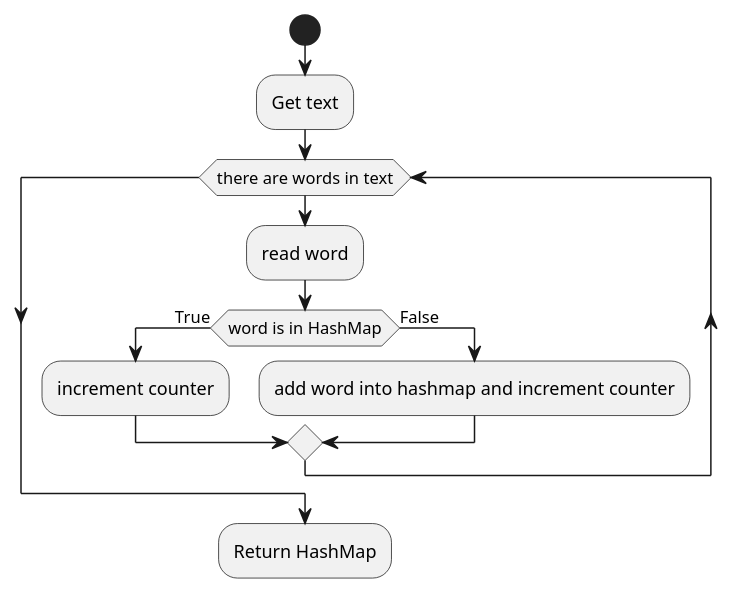
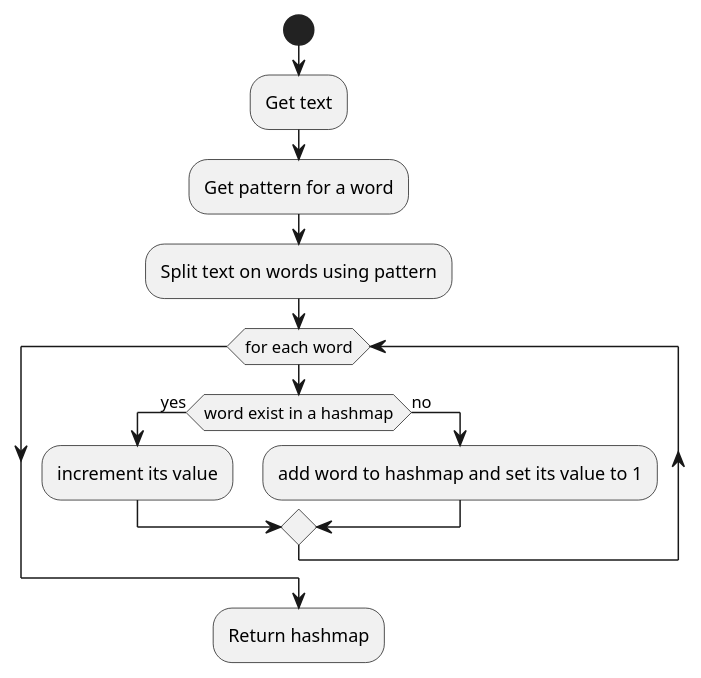
The diagram in src/main/resources/ex46/ActivityDiagrams/countWords.puml (mplekunov/Assignment_3), drawn with PlantUML before and after one commit. The commit also changed 155 other files, not shown here.

```diff
--- a/src/main/resources/ex46/ActivityDiagrams/countWords.puml
+++ b/src/main/resources/ex46/ActivityDiagrams/countWords.puml
@@ -1,16 +1,20 @@
 @startuml
 'https://plantuml.com/activity-diagram-beta
 
 start
     :Get text;
-    while (there are words in text)
-        :read word;
-        if (word is in HashMap) is (True) then
-            :increment counter;
-        else (False)
-            :add word into hashmap and increment counter;
+    :Get pattern for a word;
+
+    :Split text on words using pattern;
+
+    while (for each word)
+        if (word exist in a hashmap) is (yes) then
+            :increment its value;
+        else (no)
+            :add word to hashmap and set its value to 1;
         endif
     endwhile
-    :Return HashMap;
+
+    :Return hashmap;
 
 @enduml
```
